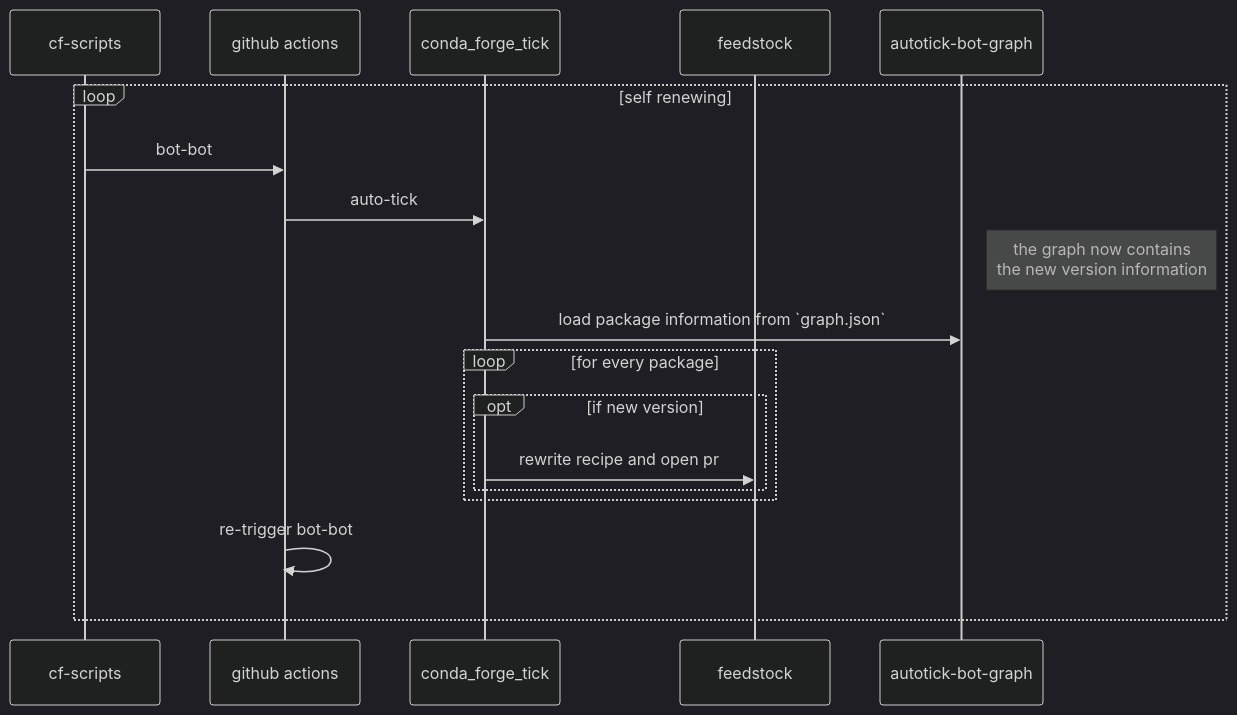
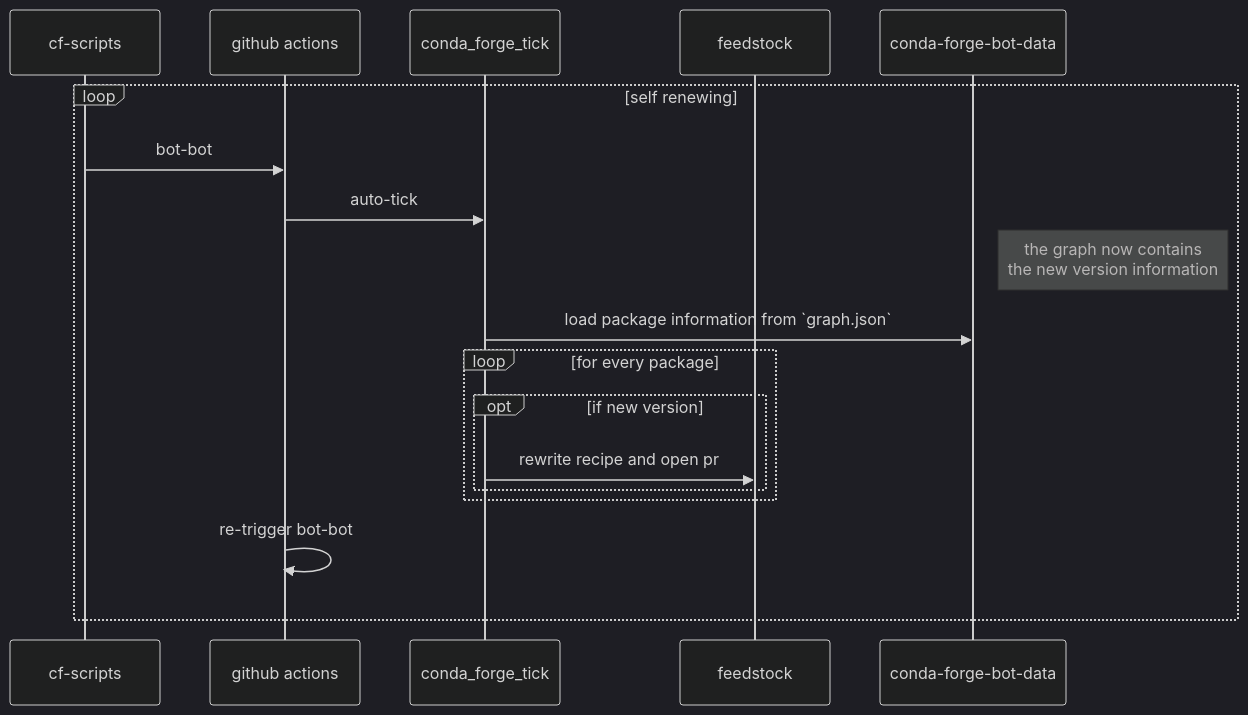
Before and after one commit to conda-forge/conda-forge.github.io: the third of 4 diagrams in docs/maintainer/understanding_conda_forge/feedstocks.md, drawn with Mermaid (dark theme). The commit also changed other lines of this file and 3 other files, not shown here.

First line of the commit message:
prod: rename bot data repo (#2841)

````diff
--- a/docs/maintainer/understanding_conda_forge/feedstocks.md
+++ b/docs/maintainer/understanding_conda_forge/feedstocks.md
@@ -125,20 +125,20 @@
 ```mermaid
 sequenceDiagram
     participant cfs as cf-scripts
     participant gha as github actions
     participant cft as conda_forge_tick
     participant fs as feedstock
-    participant cfg as autotick-bot-graph
+    participant cfg as conda-forge-bot-data
     loop self renewing
         cfs->>gha: bot-bot
         gha->>cft: auto-tick
         note right of cfg: the graph now contains<br/>the new version information
         cft->>cfg: load package information from `graph.json`
         loop for every package
             opt if new version
                 cft->>fs: rewrite recipe and open pr
             end
         end
         gha->>gha: re-trigger bot-bot
     end
 ```
````
